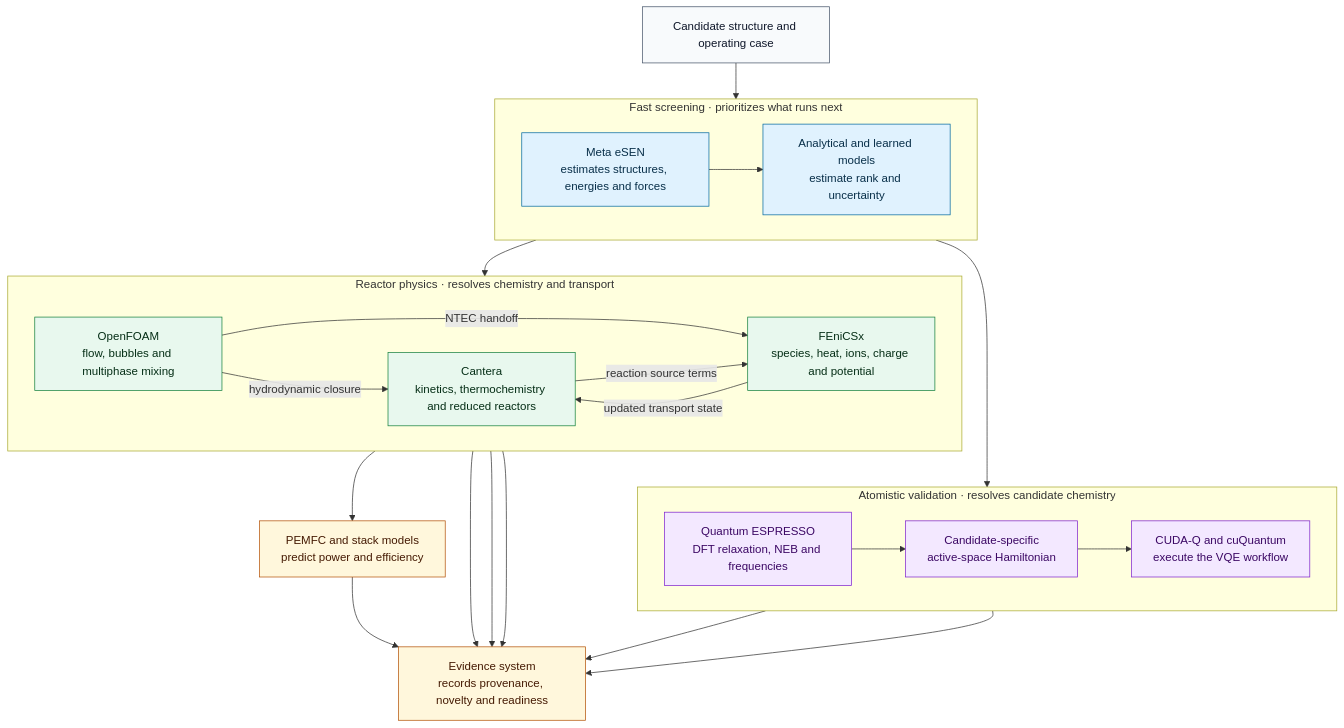
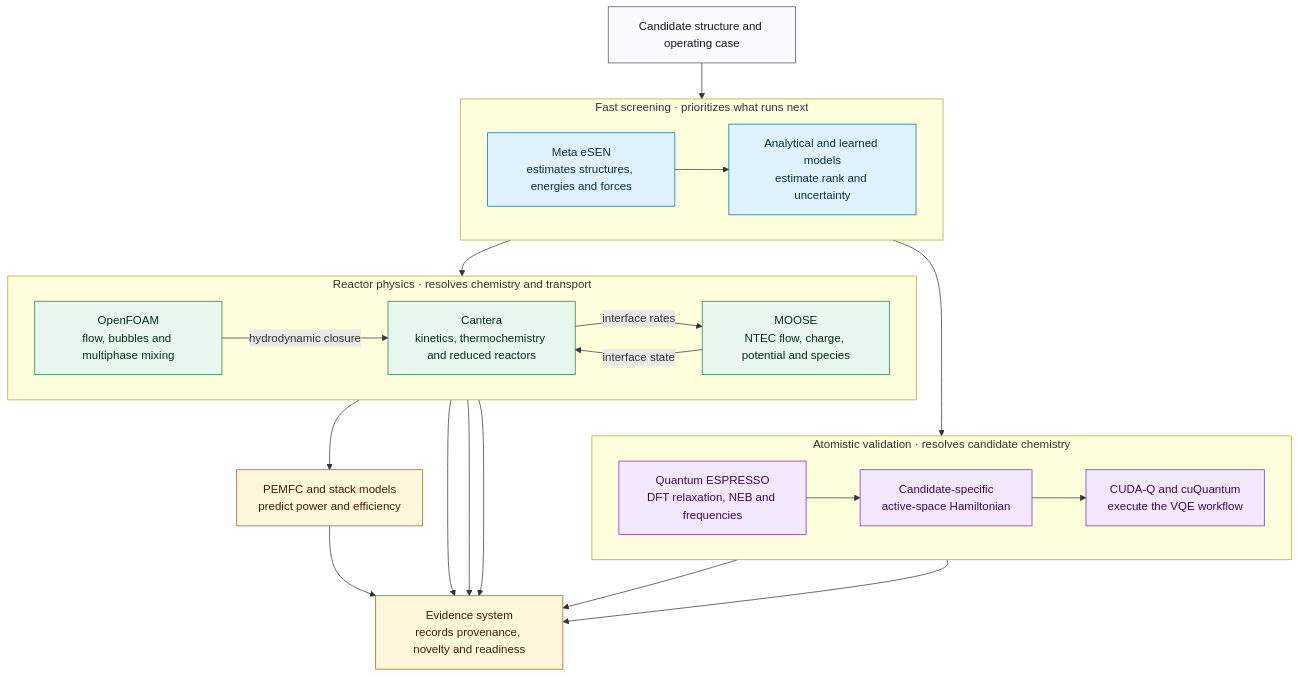
One commit to YungRaj/hydrogen changed the fourth of 9 diagrams in docs/ARCHITECTURE_DIAGRAMS.md. Above: the diagram before and after it, drawn with Mermaid. The commit also changed other lines of this file and 12 other files, not shown here.

````diff
--- a/docs/ARCHITECTURE_DIAGRAMS.md
+++ b/docs/ARCHITECTURE_DIAGRAMS.md
@@ -156,55 +156,54 @@
 ```mermaid
 flowchart TB
     INPUT["Candidate structure and operating case"]
 
     subgraph SCREENING["Fast screening · prioritizes what runs next"]
         direction LR
         META["Meta eSEN<br/>estimates structures, energies and forces"]
         SURROGATE["Analytical and learned models<br/>estimate rank and uncertainty"]
         META --> SURROGATE
     end
 
     subgraph ATOMISTIC["Atomistic validation · resolves candidate chemistry"]
         direction LR
         QE["Quantum ESPRESSO<br/>DFT relaxation, NEB and frequencies"]
         HAMILTONIAN["Candidate-specific<br/>active-space Hamiltonian"]
         CUDA["CUDA-Q and cuQuantum<br/>execute the VQE workflow"]
         QE --> HAMILTONIAN --> CUDA
     end
 
     subgraph REACTOR["Reactor physics · resolves chemistry and transport"]
         direction LR
         OPENFOAM["OpenFOAM<br/>flow, bubbles and multiphase mixing"]
-        FENICS["FEniCSx<br/>species, heat, ions, charge and potential"]
+        MOOSE["MOOSE<br/>NTEC flow, charge, potential and species"]
         CANTERA["Cantera<br/>kinetics, thermochemistry and reduced reactors"]
         OPENFOAM -->|hydrodynamic closure| CANTERA
-        OPENFOAM -->|NTEC handoff| FENICS
-        CANTERA -->|reaction source terms| FENICS
-        FENICS -->|updated transport state| CANTERA
+        CANTERA -->|interface rates| MOOSE
+        MOOSE -->|interface state| CANTERA
     end
 
     DEVICE["PEMFC and stack models<br/>predict power and efficiency"]
     EVIDENCE["Evidence system<br/>records provenance, novelty and readiness"]
 
     INPUT --> META
     SURROGATE --> QE
     SURROGATE --> CANTERA
     CANTERA --> DEVICE
     QE --> EVIDENCE
     CUDA --> EVIDENCE
     OPENFOAM --> EVIDENCE
-    FENICS --> EVIDENCE
+    MOOSE --> EVIDENCE
     CANTERA --> EVIDENCE
     DEVICE --> EVIDENCE
 
     classDef input fill:#f8fafc,stroke:#475569,color:#0f172a
     classDef screening fill:#e0f2fe,stroke:#0369a1,color:#082f49
     classDef atomistic fill:#f3e8ff,stroke:#7e22ce,color:#3b0764
     classDef reactor fill:#e8f8ee,stroke:#15803d,color:#052e16
     classDef evidence fill:#fff7dc,stroke:#b45309,color:#451a03
     class INPUT input
     class META,SURROGATE screening
     class QE,HAMILTONIAN,CUDA atomistic
-    class OPENFOAM,FENICS,CANTERA reactor
+    class OPENFOAM,MOOSE,CANTERA reactor
     class DEVICE,EVIDENCE evidence
 ```
````
